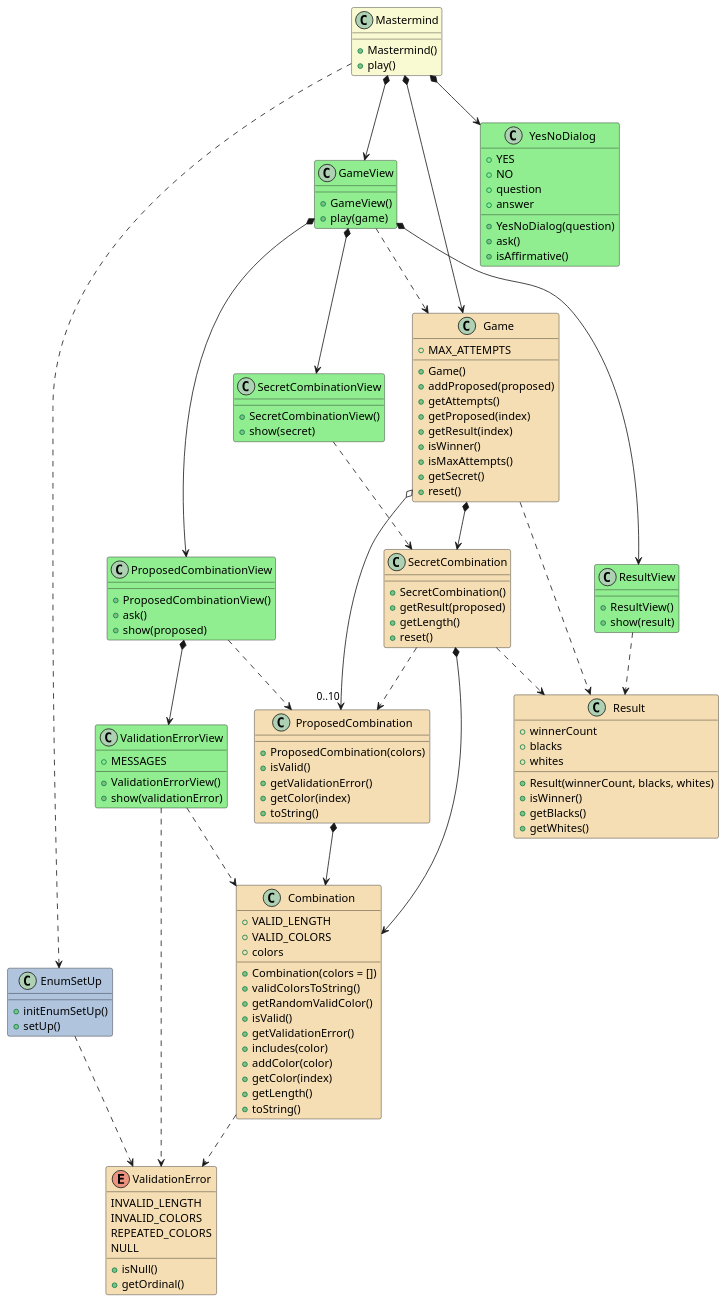
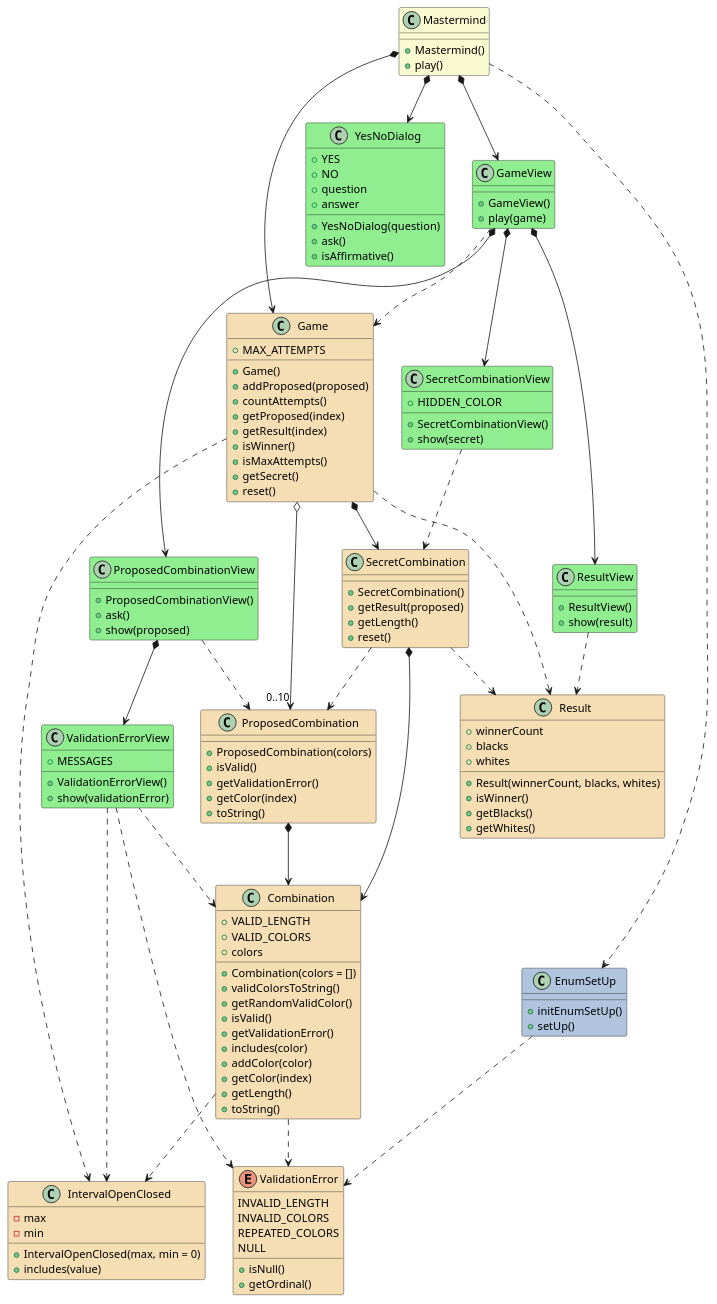
The diagram in docs/dev-resume/analysis.plantuml (PabloMartinFluvia/myGame-mastermind), drawn with PlantUML before and after one commit. The commit also changed 3 other files, not shown here.

First line of the commit message:
task 7: added IntervalOpenClosed and custom assert functions

```diff
--- a/docs/dev-resume/analysis.plantuml
+++ b/docs/dev-resume/analysis.plantuml
@@ -1,152 +1,166 @@
 @startuml analysis
 
 class Mastermind #LightGoldenRodYellow {  
 
     + Mastermind()
     + play()    
 }
 Mastermind *--> GameView
 Mastermind *--> YesNoDialog
 Mastermind *--> Game
 Mastermind ..> EnumSetUp
 
 class GameView #LightGreen {
 
     + GameView()
     + play(game)
 }
 GameView *--> SecretCombinationView
 GameView *--> ProposedCombinationView
 GameView *--> ResultView
 GameView ..> Game
 
 
 class SecretCombinationView #LightGreen {
+    + HIDDEN_COLOR
     
     + SecretCombinationView()
     + show(secret)
 }
 SecretCombinationView ..> SecretCombination
 
 class ProposedCombinationView #LightGreen {
     
     + ProposedCombinationView()
     + ask()
     + show(proposed)
 }
 ProposedCombinationView *--> ValidationErrorView
 ProposedCombinationView ..> ProposedCombination
 
 class ValidationErrorView #LightGreen {
 
     + MESSAGES
     
     + ValidationErrorView()
     + show(validationError)
 }
 ValidationErrorView ..> ValidationError
 ValidationErrorView ..> Combination
+ValidationErrorView ..> IntervalOpenClosed
 
 class ResultView #LightGreen {
     
     + ResultView()
     + show(result)
 }
 ResultView ..> Result
 
 class Game #Wheat{
     + MAX_ATTEMPTS
 
     + Game()
     + addProposed(proposed)
-    + getAttempts()    
+    + countAttempts()    
     + getProposed(index)
     + getResult(index)
     + isWinner()
     + isMaxAttempts()    
     + getSecret()    
     + reset()    
 }
 Game *--> SecretCombination
 Game o--> "0..10" ProposedCombination
 Game .down.> Result
+Game ..> IntervalOpenClosed
 
 class SecretCombination #Wheat{
     
     + SecretCombination()    
     + getResult(proposed)
     + getLength()     
     + reset()
 
 }
 SecretCombination *-down-> Combination
 SecretCombination .down.> ProposedCombination
 SecretCombination .down.> Result
+
+class Result #Wheat{
+    + winnerCount
+    + blacks
+    + whites
+
+    + Result(winnerCount, blacks, whites)
+    + isWinner()
+    + getBlacks()    
+    + getWhites()    
+}
 
 class Combination #Wheat{
     + VALID_LENGTH
     + VALID_COLORS    
     + colors
 
     + Combination(colors = [])
     + validColorsToString()
     + getRandomValidColor()
     + isValid()    
     + getValidationError()
     + includes(color)    
     + addColor(color)          
     + getColor(index)
     + getLength()      
     + toString()
 }
 Combination .down.> ValidationError
+Combination ..> IntervalOpenClosed
 
 enum ValidationError #Wheat{    
     INVALID_LENGTH
     INVALID_COLORS
     REPEATED_COLORS
     NULL
 
     + isNull()
     + getOrdinal()
 }
 
 class ProposedCombination #Wheat{
 
     + ProposedCombination(colors)
     + isValid()         
     + getValidationError()
     + getColor(index)   
     + toString()   
 }
 ProposedCombination *-down-> Combination 
 
-class Result #Wheat{
-    + winnerCount
-    + blacks
-    + whites
 
-    + Result(winnerCount, blacks, whites)
-    + isWinner()
-    + getBlacks()    
-    + getWhites()    
-}
 
 class YesNoDialog #LightGreen {
     + YES
     + NO
     + question
     + answer    
 
     + YesNoDialog(question)
     + ask()
     + isAffirmative()
 }
 
 class EnumSetUp #LightSteelBlue {
     + initEnumSetUp()
     + setUp()
 }
 EnumSetUp ..> ValidationError
 
+class IntervalOpenClosed #Wheat{
+    - max
+    - min
+
+    + IntervalOpenClosed(max, min = 0)
+    + includes(value)
+}
+
 @enduml
```
